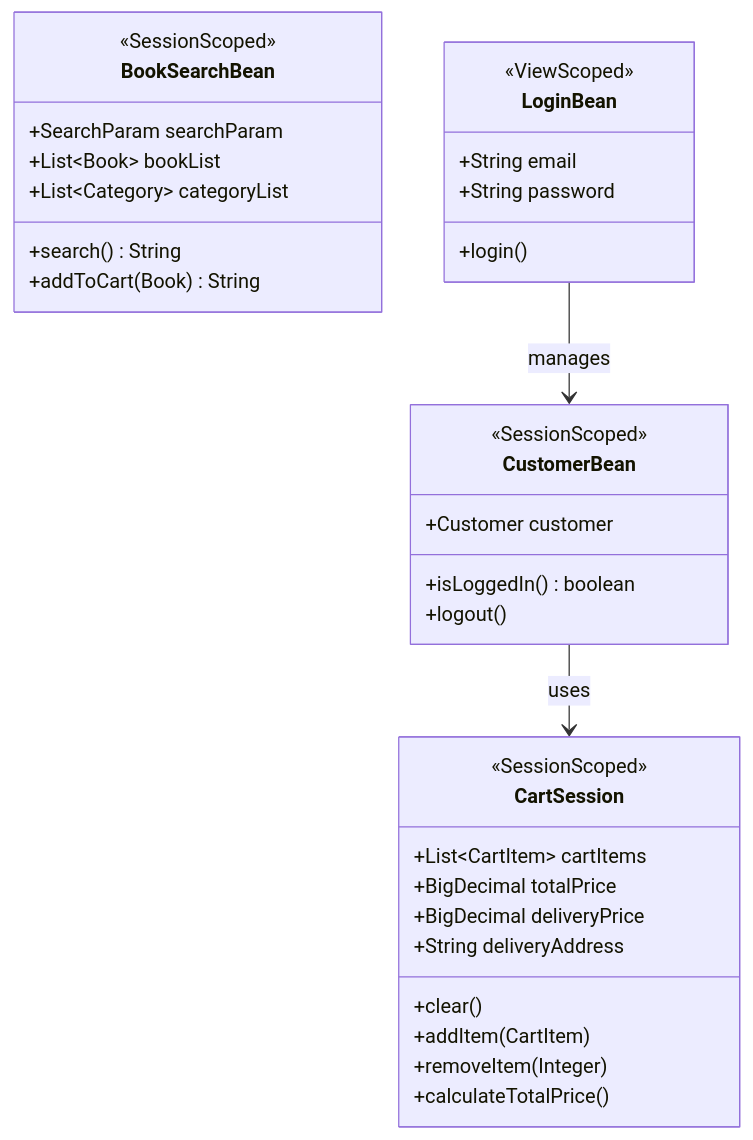
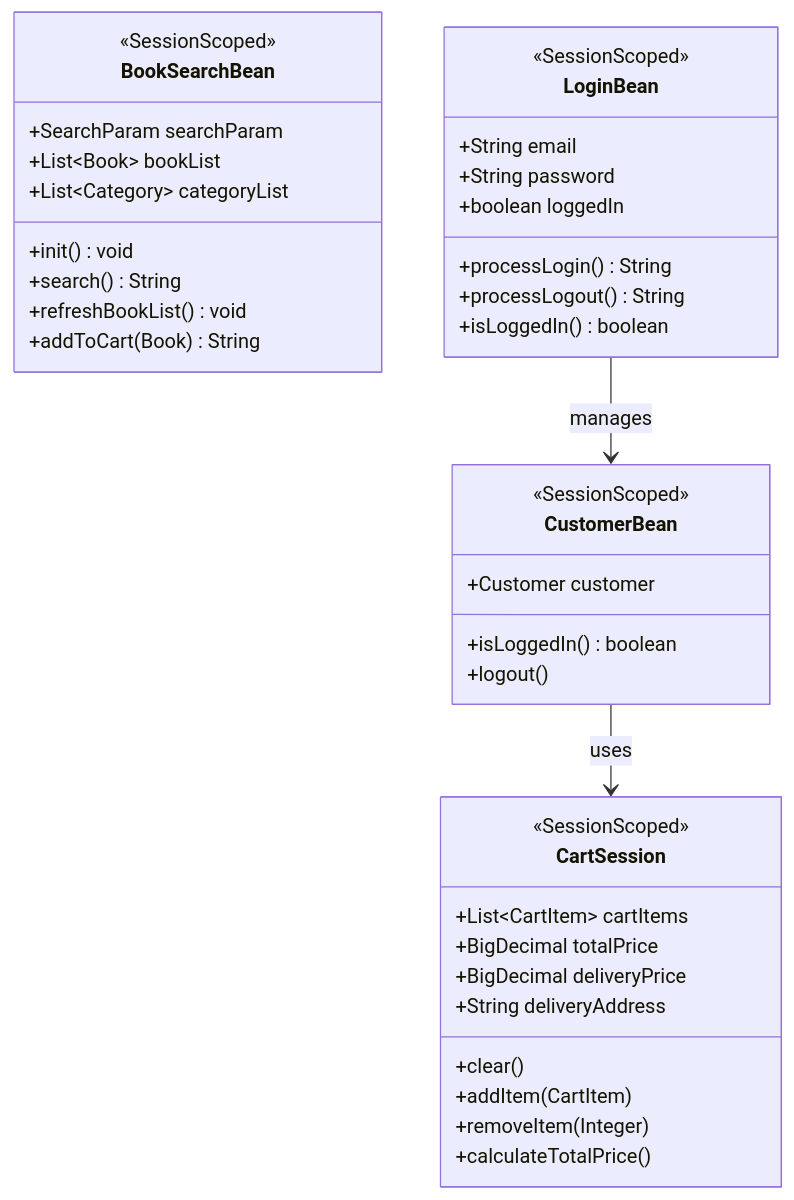
One commit to KenyaSaitoh/ai_dev_training_202512 changed the second of 2 diagrams in projects/java/berry-books-mvc-sdd/specs/baseline/system/functional_design.md. Above: the diagram before and after it, drawn with Mermaid. The commit also changed other lines of this file and 99 other files, not shown here.

````diff
--- a/projects/java/berry-books-mvc-sdd/specs/baseline/system/functional_design.md
+++ b/projects/java/berry-books-mvc-sdd/specs/baseline/system/functional_design.md
@@ -223,40 +223,45 @@
 ```mermaid
 classDiagram
     class CartSession {
         <<SessionScoped>>
         +List~CartItem~ cartItems
         +BigDecimal totalPrice
         +BigDecimal deliveryPrice
         +String deliveryAddress
         +clear()
         +addItem(CartItem)
         +removeItem(Integer)
         +calculateTotalPrice()
     }
     
     class CustomerBean {
         <<SessionScoped>>
         +Customer customer
         +isLoggedIn() boolean
         +logout()
     }
     
     class BookSearchBean {
         <<SessionScoped>>
         +SearchParam searchParam
         +List~Book~ bookList
         +List~Category~ categoryList
+        +init() void
         +search() String
+        +refreshBookList() void
         +addToCart(Book) String
     }
     
     class LoginBean {
-        <<ViewScoped>>
+        <<SessionScoped>>
         +String email
         +String password
-        +login()
+        +boolean loggedIn
+        +processLogin() String
+        +processLogout() String
+        +isLoggedIn() boolean
     }
     
     CustomerBean --> CartSession: uses
     LoginBean --> CustomerBean: manages
 ```
````
